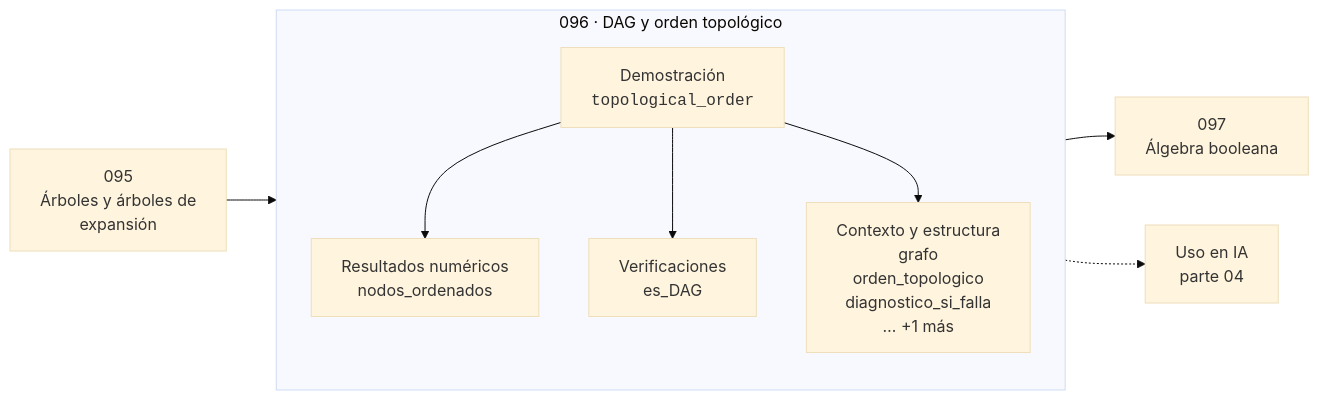
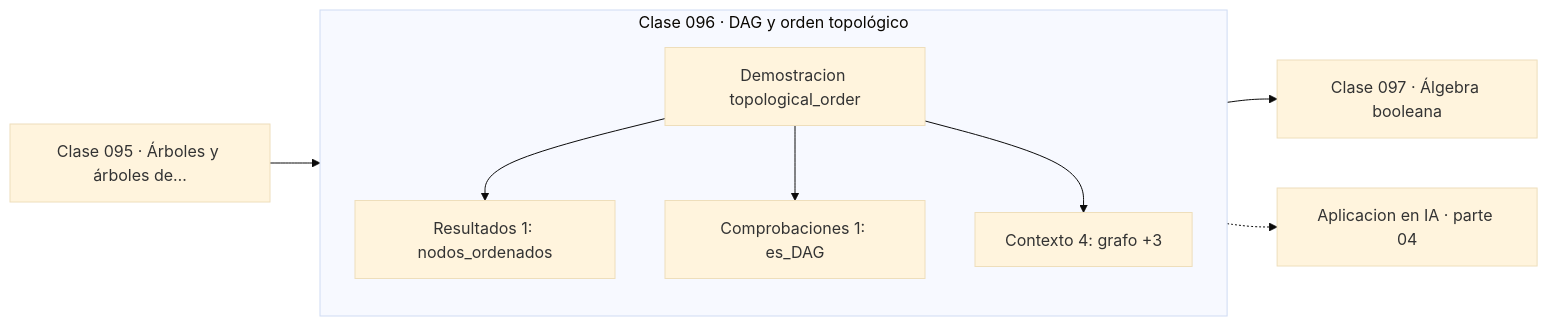
The diagram in classes/part-04-matematica-discreta-para-computacion/096-dag-y-orden-topologico/README.md (vladimiracunadev-create/computational-mathematics-program), drawn with Mermaid (base theme) before and after one commit. The commit also changed other lines of this file and 389 other files, not shown here.

First line of the commit message:
fix(diagramas): elimina el HTML de las etiquetas Mermaid

````diff
--- a/classes/part-04-matematica-discreta-para-computacion/096-dag-y-orden-topologico/README.md
+++ b/classes/part-04-matematica-discreta-para-computacion/096-dag-y-orden-topologico/README.md
@@ -30,12 +35,13 @@
 ```mermaid
 flowchart LR
-    P["095<br/>Árboles y árboles de<br/>expansión"] --> C
-    subgraph C["096 · DAG y orden topológico"]
+    P["Clase 095 · Árboles y árboles de…"] --> D
+    subgraph CLASE["Clase 096 · DAG y orden topológico"]
         direction TB
-        D["Demostración<br/><code>topological_order</code>"] --> R["Resultados numéricos<br/>nodos_ordenados"]
-        D --> V["Verificaciones<br/>es_DAG"]
-        D --> O["Contexto y estructura<br/>grafo<br/>orden_topologico<br/>diagnostico_si_falla<br/>… +1 más"]
+        D["Demostracion topological_order"]
+        D --> R["Resultados 1: nodos_ordenados"]
+        D --> V["Comprobaciones 1: es_DAG"]
+        D --> O["Contexto 4: grafo +3"]
     end
-    C --> N["097<br/>Álgebra booleana"]
-    C -.-> IA["Uso en IA<br/>parte 04"]
+    R --> N["Clase 097 · Álgebra booleana"]
+    V -.-> IA["Aplicacion en IA · parte 04"]
 ```
````
